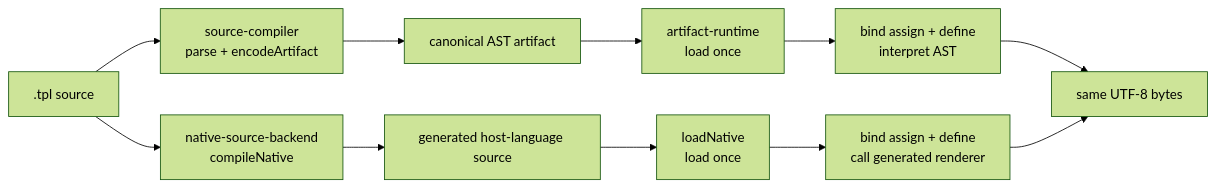
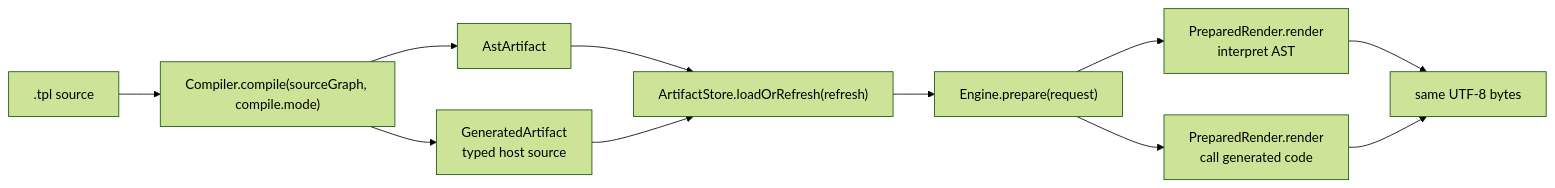
One commit to polyspec/template changed the fifth of 6 diagrams in docs/spec/runtime.ko.md. Above: the diagram before and after it, drawn with Mermaid (forest theme). The commit also changed other lines of this file and 11 other files, not shown here.

Commit message:
Make AST and generated preparation equivalent

````diff
--- a/docs/spec/runtime.ko.md
+++ b/docs/spec/runtime.ko.md
@@ -171,13 +172,13 @@
 ```mermaid
 flowchart LR
-  Source[".tpl source"] --> ASTCompile["source-compiler<br/>parse + encodeArtifact"]
-  ASTCompile --> ASTArtifact["canonical AST artifact"]
-  ASTArtifact --> ASTLoad["artifact-runtime<br/>load once"]
-  ASTLoad --> ASTRender["bind assign + define<br/>interpret AST"]
-  Source --> NativeCompile["native-source-backend<br/>compileNative"]
-  NativeCompile --> NativeArtifact["generated host-language source"]
-  NativeArtifact --> NativeLoad["loadNative<br/>load once"]
-  NativeLoad --> NativeRender["bind assign + define<br/>call generated renderer"]
+  Source[".tpl source"] --> Compiler["Compiler.compile(sourceGraph, compile.mode)"]
+  Compiler --> ASTArtifact["AstArtifact"]
+  Compiler --> GenArtifact["GeneratedArtifact<br/>typed host source"]
+  ASTArtifact --> Store["ArtifactStore.loadOrRefresh(refresh)"]
+  GenArtifact --> Store
+  Store --> Prepared["Engine.prepare(request)"]
+  Prepared --> ASTRender["PreparedRender.render<br/>interpret AST"]
+  Prepared --> GenRender["PreparedRender.render<br/>call generated code"]
   ASTRender --> Bytes["same UTF-8 bytes"]
-  NativeRender --> Bytes
+  GenRender --> Bytes
 ```
````
